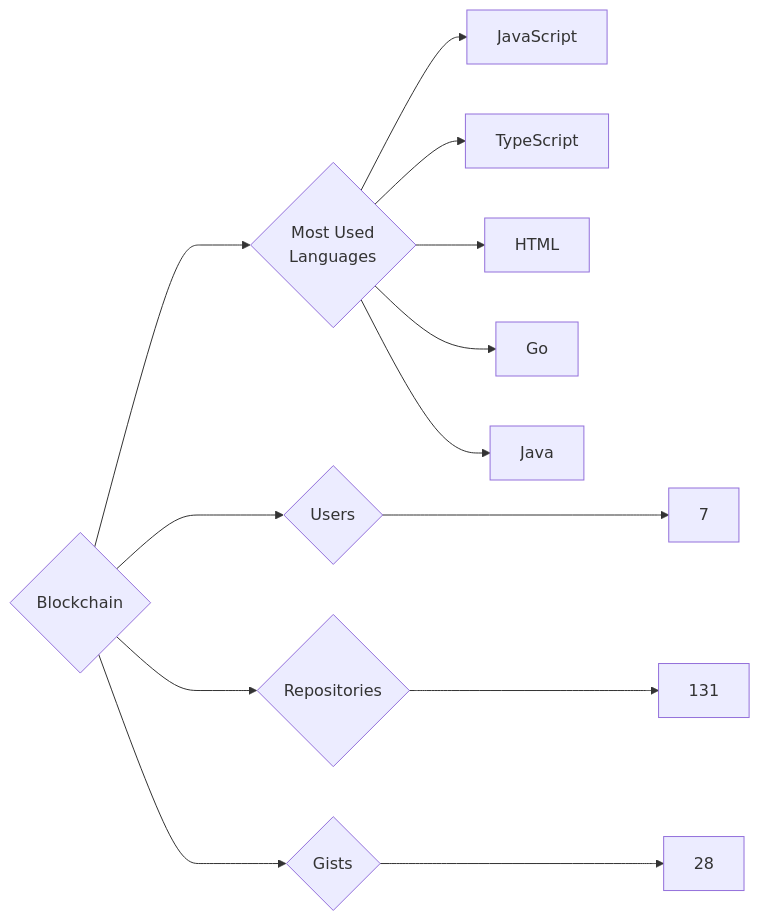
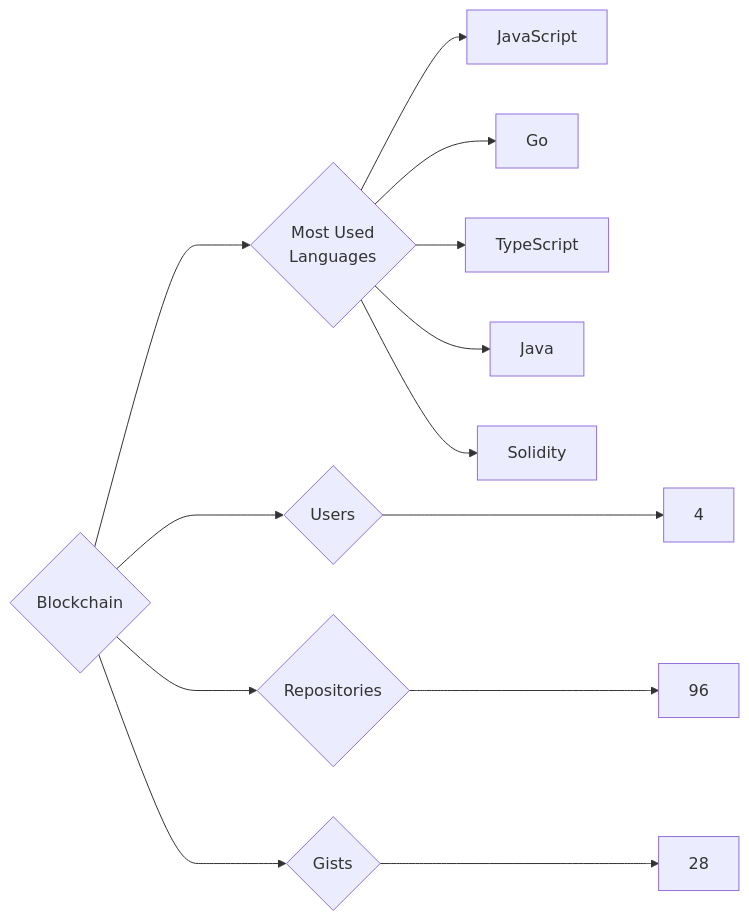
The diagram in targets/Blockchain/README.md (trickest/insiders), drawn with Mermaid before and after one commit. The commit also changed 1020 other files, not shown here.

````diff
--- a/targets/Blockchain/README.md
+++ b/targets/Blockchain/README.md
@@ -3,13 +3,13 @@
 ```mermaid
 graph LR
 COMPANY_NAME{Blockchain}
-COMPANY_NAME ---> U{Users} ---> UN[7]
-COMPANY_NAME ---> R{Repositories} ---> RN[131]
+COMPANY_NAME ---> U{Users} ---> UN[4]
+COMPANY_NAME ---> R{Repositories} ---> RN[96]
 COMPANY_NAME ---> G{Gists} ---> GN[28]
 COMPANY_NAME ---> ML{Most Used<br>Languages}
 ML --> JavaScript[JavaScript]
+ML --> Go[Go]
 ML --> TypeScript[TypeScript]
-ML --> HTML[HTML]
-ML --> Go[Go]
 ML --> Java[Java]
+ML --> Solidity[Solidity]
 ```
````
